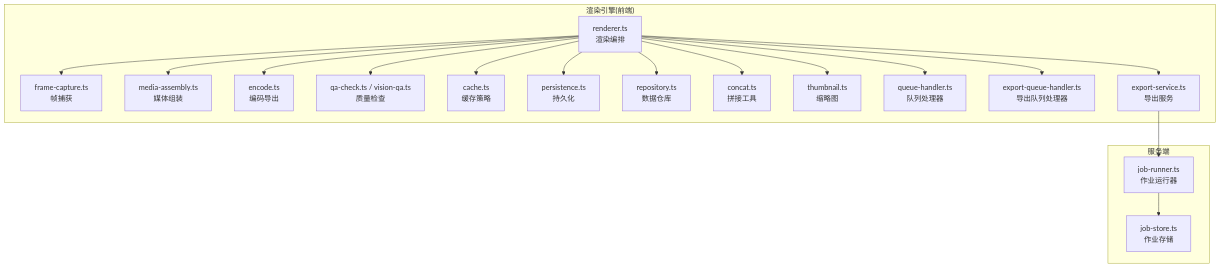
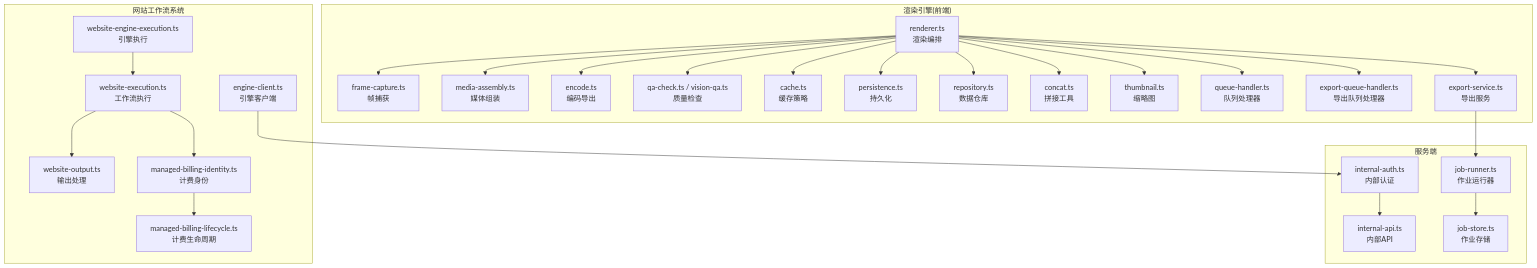
The first of 5 diagrams in .qoder/repowiki/zh/content/渲染引擎/渲染引擎.md (scottcwy/PurpleInk), drawn with Mermaid before and after one commit. The commit also changed other lines of this file and 29 other files, not shown here.

````diff
--- a/.qoder/repowiki/zh/content/渲染引擎/渲染引擎.md
+++ b/.qoder/repowiki/zh/content/渲染引擎/渲染引擎.md
@@ -42,36 +58,52 @@
 ```mermaid
 graph TB
 subgraph "渲染引擎(前端)"
 R["renderer.ts<br/>渲染编排"]
 FC["frame-capture.ts<br/>帧捕获"]
 MA["media-assembly.ts<br/>媒体组装"]
 ENC["encode.ts<br/>编码导出"]
 QA["qa-check.ts / vision-qa.ts<br/>质量检查"]
 CACH["cache.ts<br/>缓存策略"]
 PERS["persistence.ts<br/>持久化"]
 REPO["repository.ts<br/>数据仓库"]
 CONC["concat.ts<br/>拼接工具"]
 THUM["thumbnail.ts<br/>缩略图"]
 QH["queue-handler.ts<br/>队列处理器"]
 EQH["export-queue-handler.ts<br/>导出队列处理器"]
 ES["export-service.ts<br/>导出服务"]
 end
+subgraph "网站工作流系统"
+WEE["website-engine-execution.ts<br/>引擎执行"]
+WE["website-execution.ts<br/>工作流执行"]
+WO["website-output.ts<br/>输出处理"]
+MBI["managed-billing-identity.ts<br/>计费身份"]
+MBL["managed-billing-lifecycle.ts<br/>计费生命周期"]
+EC["engine-client.ts<br/>引擎客户端"]
+end
 subgraph "服务端"
 JR["job-runner.ts<br/>作业运行器"]
 JS["job-store.ts<br/>作业存储"]
+IA["internal-auth.ts<br/>内部认证"]
+IAP["internal-api.ts<br/>内部API"]
 end
 R --> FC
 R --> MA
 R --> ENC
 R --> QA
 R --> CACH
 R --> PERS
 R --> REPO
 R --> CONC
 R --> THUM
 R --> QH
 R --> EQH
 R --> ES
 ES --> JR
 JR --> JS
+WEE --> WE
+WE --> WO
+WE --> MBI
+MBI --> MBL
+EC --> IA
+IA --> IAP
 ```
````
